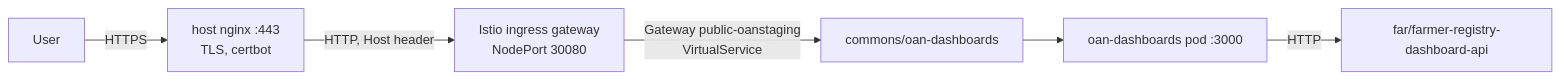
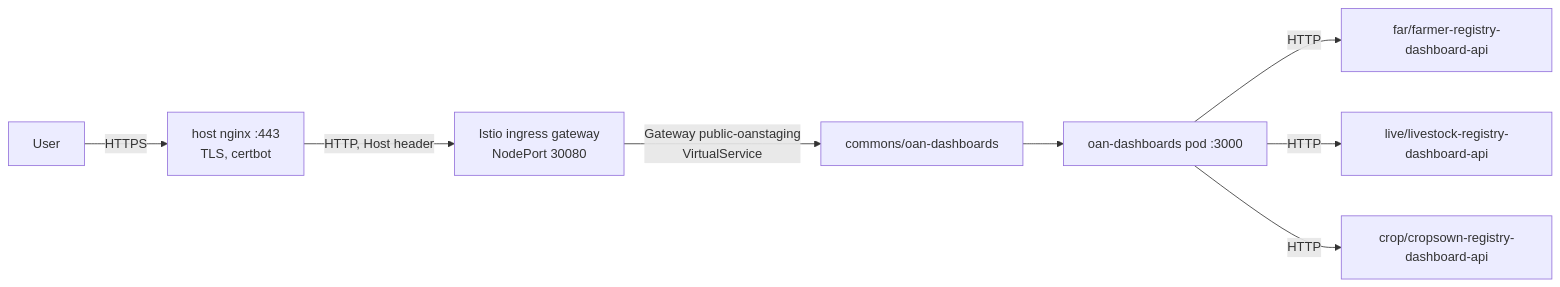
One commit to Centre-for-Open-Societal-Systems/oan_dashboards changed the diagram in docs/deployment.md. Above: the diagram before and after it, drawn with Mermaid. The commit also changed other lines of this file and 17 other files, not shown here.

First line of the commit message:
feat(registry): serve the livestock and crop sown views from their dashboard services

````diff
--- a/docs/deployment.md
+++ b/docs/deployment.md
@@ -19,8 +19,10 @@
 ```mermaid
 flowchart LR
     User -->|HTTPS| Nginx[host nginx :443<br/>TLS, certbot]
     Nginx -->|HTTP, Host header| Istio[Istio ingress gateway<br/>NodePort 30080]
     Istio -->|Gateway public-oanstaging<br/>VirtualService| Svc[commons/oan-dashboards]
     Svc --> Pod[oan-dashboards pod :3000]
     Pod -->|HTTP| FRS[far/farmer-registry-dashboard-api]
+    Pod -->|HTTP| LRS[live/livestock-registry-dashboard-api]
+    Pod -->|HTTP| CRS[crop/cropsown-registry-dashboard-api]
 ```
````
